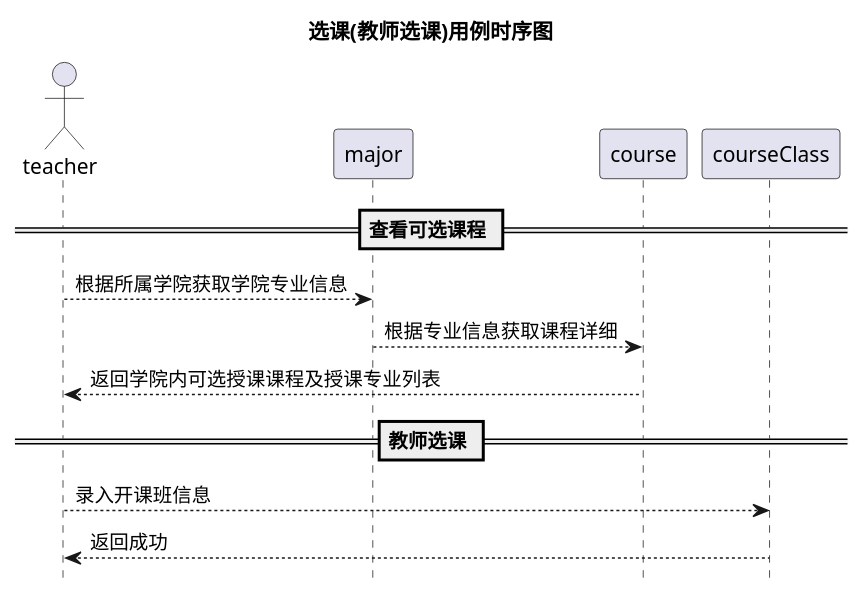
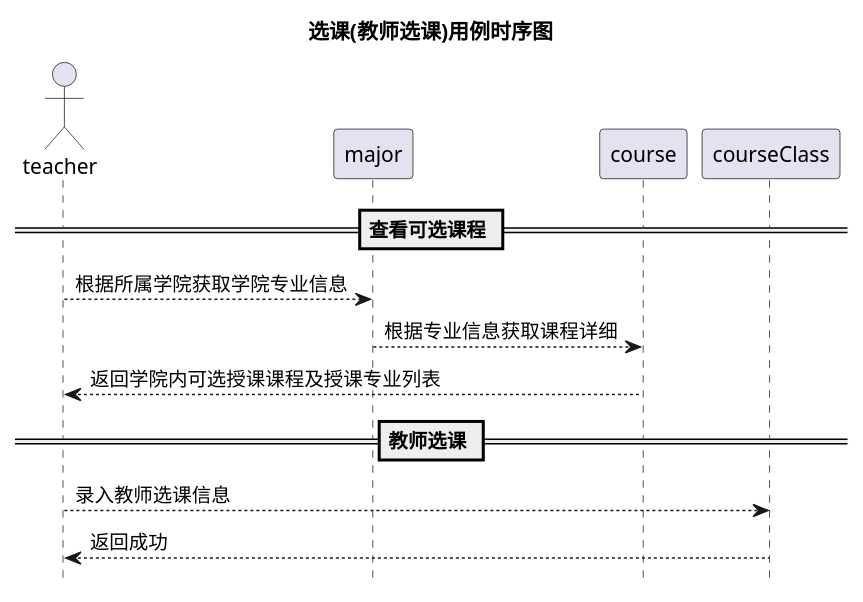
One commit to 201610414130/is_analysis-4 changed the first of 16 diagrams in test6/sequence.pu. Above: the diagram before and after it, drawn with PlantUML. The commit also changed 1 other file, not shown here.

```diff
--- a/test6/sequence.pu
+++ b/test6/sequence.pu
@@ -1,12 +1,12 @@
 @startuml 选课(教师选课)
 title 选课(教师选课)用例时序图
 hide footbox
 actor teacher
 == 查看可选课程 ==
 teacher --> major: 根据所属学院获取学院专业信息
 major --> course: 根据专业信息获取课程详细
 course --> teacher: 返回学院内可选授课课程及授课专业列表
 == 教师选课 ==
-teacher --> courseClass: 录入开课班信息
+teacher --> courseClass: 录入教师选课信息
 courseClass --> teacher: 返回成功
 @enduml
```
